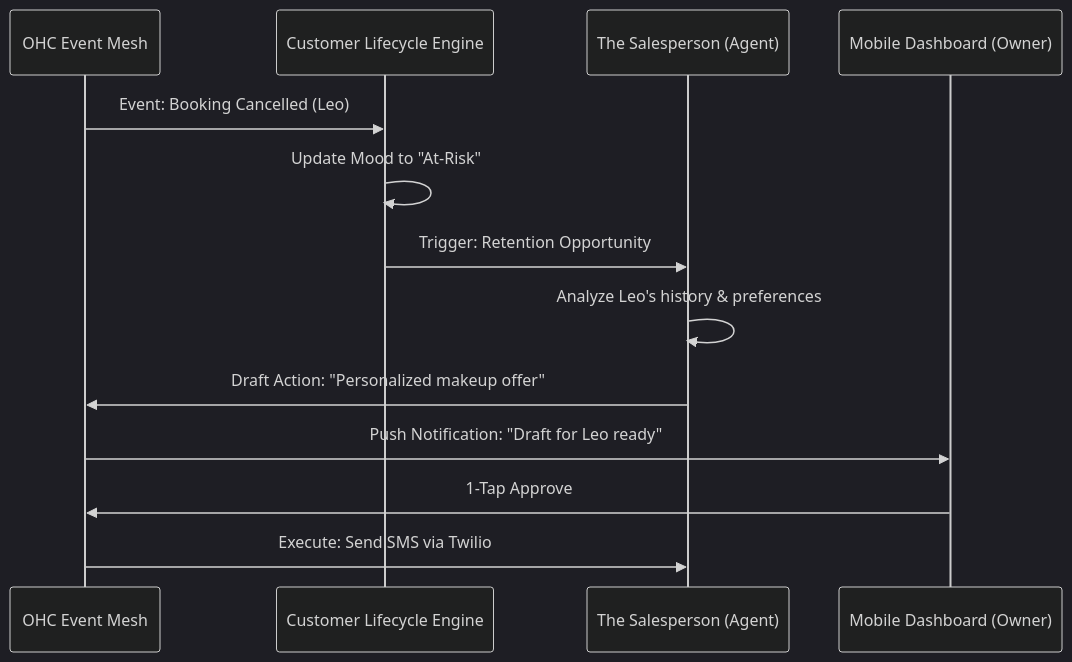
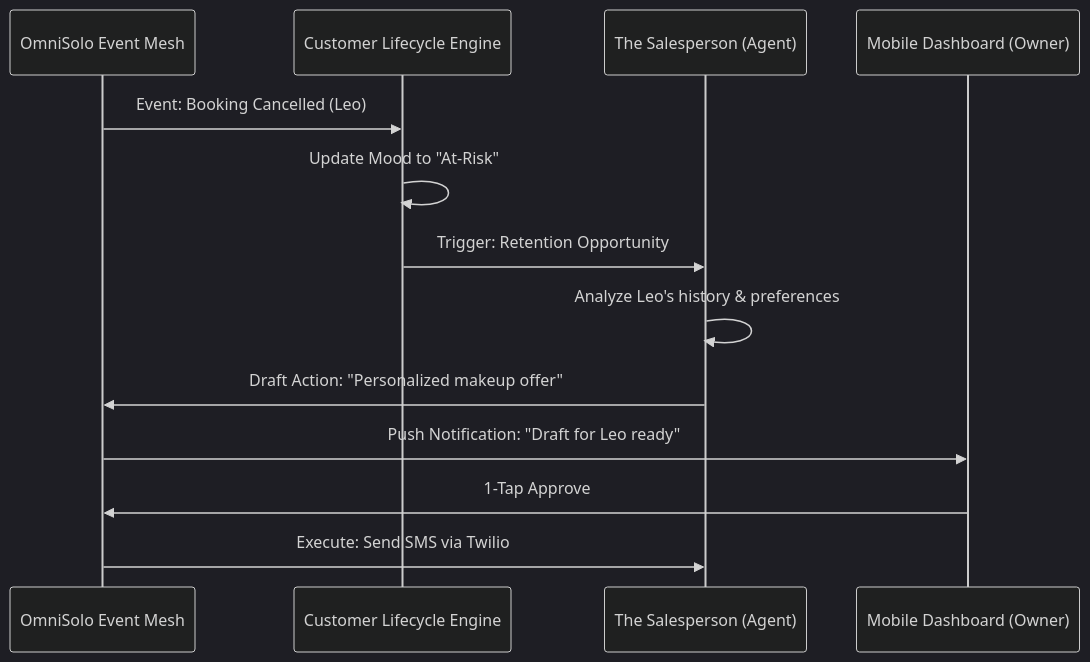
One commit to omnisolo-llc/onehumancorp changed the second of 2 diagrams in docs/research/[crm]_autonomous_loyalty_engine.md. Above: the diagram before and after it, drawn with Mermaid (dark theme). The commit also changed other lines of this file and 2191 other files, not shown here.

Commit message:
feat: complete OmniSolo rename and browser audit

````diff
--- a/docs/research/[crm]_autonomous_loyalty_engine.md
+++ b/docs/research/[crm]_autonomous_loyalty_engine.md
@@ -57,16 +57,16 @@
 ```mermaid
 sequenceDiagram
-    participant Event as OHC Event Mesh
+    participant Event as OmniSolo Event Mesh
     participant Lifecycle as Customer Lifecycle Engine
     participant Sales as The Salesperson (Agent)
     participant User as Mobile Dashboard (Owner)
 
     Event->>Lifecycle: Event: Booking Cancelled (Leo)
     Lifecycle->>Lifecycle: Update Mood to "At-Risk"
     Lifecycle->>Sales: Trigger: Retention Opportunity
     Sales->>Sales: Analyze Leo's history & preferences
     Sales->>Event: Draft Action: "Personalized makeup offer"
     Event->>User: Push Notification: "Draft for Leo ready"
     User->>Event: 1-Tap Approve
     Event->>Sales: Execute: Send SMS via Twilio
 ```
````
